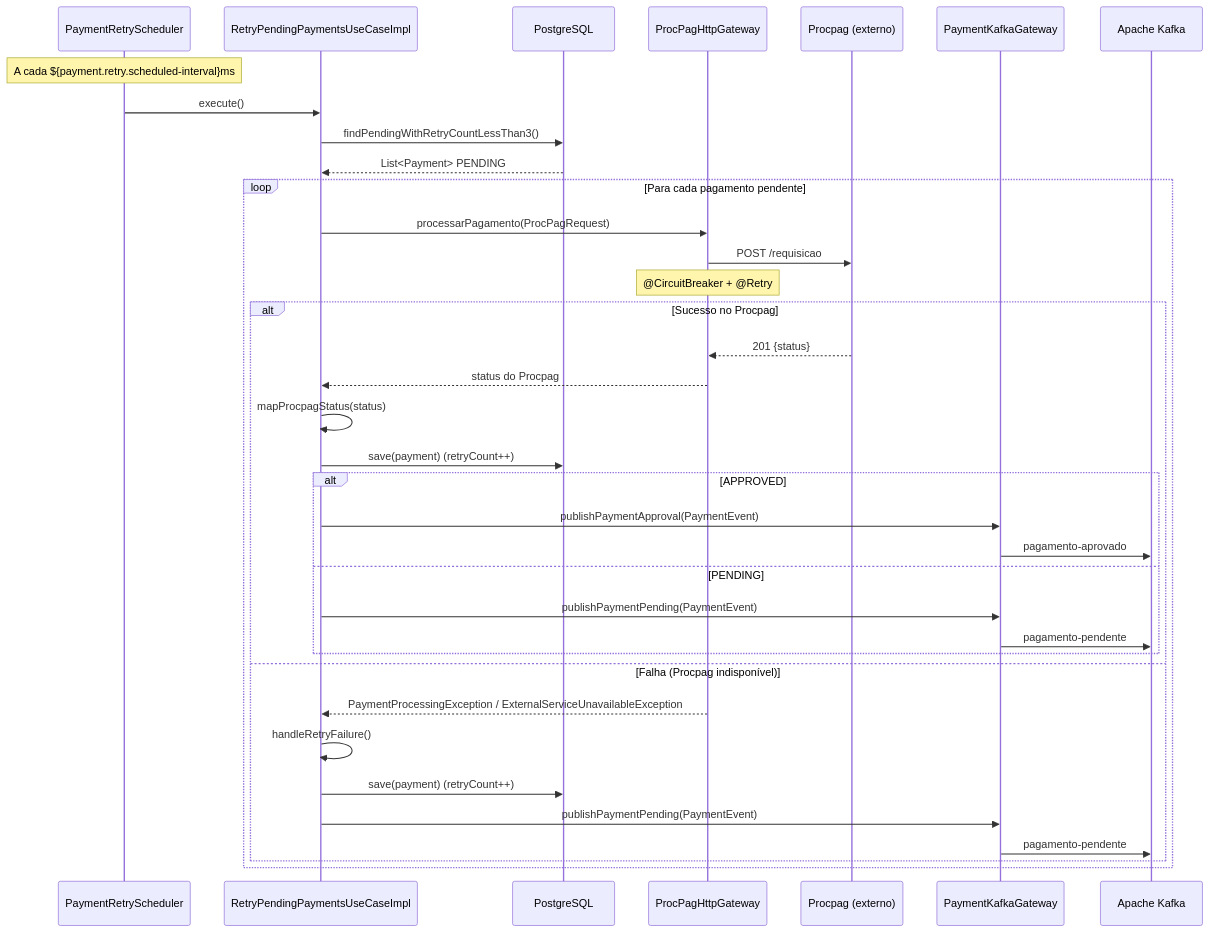
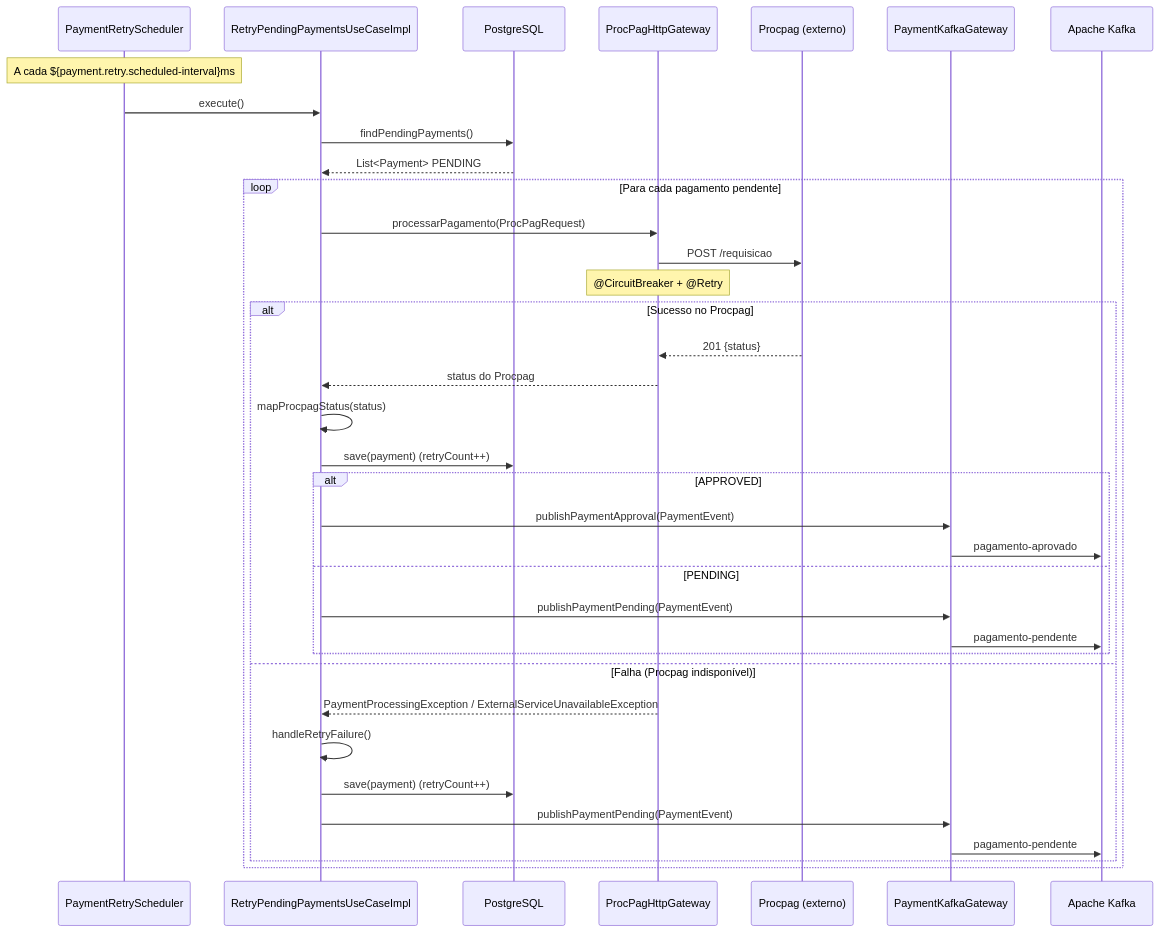
Before and after one commit to HugoOliveiraSoares/tech-challenge-iii: the sixth of 7 diagrams in docs/flows.md, drawn with Mermaid. The commit also changed 3 other files, not shown here.

First line of the commit message:
restrict Kafka TRUSTED_PACKAGES and rename findPendingWithRetryCountLessThan3 references

````diff
--- a/docs/flows.md
+++ b/docs/flows.md
@@ -177,43 +177,43 @@
 ```mermaid
 sequenceDiagram
   participant Scheduler as PaymentRetryScheduler
   participant UseCase as RetryPendingPaymentsUseCaseImpl
   participant DB as PostgreSQL
   participant HTTP as ProcPagHttpGateway
   participant Procpag as Procpag (externo)
   participant Producer as PaymentKafkaGateway
   participant Kafka as Apache Kafka
 
   Note over Scheduler: A cada ${payment.retry.scheduled-interval}ms
   Scheduler->>UseCase: execute()
-  UseCase->>DB: findPendingWithRetryCountLessThan3()
+  UseCase->>DB: findPendingPayments()
   DB-->>UseCase: List<Payment> PENDING
 
   loop Para cada pagamento pendente
     UseCase->>HTTP: processarPagamento(ProcPagRequest)
     HTTP->>Procpag: POST /requisicao
     Note over HTTP: @CircuitBreaker + @Retry
 
     alt Sucesso no Procpag
       Procpag-->>HTTP: 201 {status}
       HTTP-->>UseCase: status do Procpag
       UseCase->>UseCase: mapProcpagStatus(status)
       UseCase->>DB: save(payment) (retryCount++)
 
       alt APPROVED
         UseCase->>Producer: publishPaymentApproval(PaymentEvent)
         Producer->>Kafka: pagamento-aprovado
       else PENDING
         UseCase->>Producer: publishPaymentPending(PaymentEvent)
         Producer->>Kafka: pagamento-pendente
       end
 
     else Falha (Procpag indisponível)
       HTTP-->>UseCase: PaymentProcessingException / ExternalServiceUnavailableException
       UseCase->>UseCase: handleRetryFailure()
       UseCase->>DB: save(payment) (retryCount++)
       UseCase->>Producer: publishPaymentPending(PaymentEvent)
       Producer->>Kafka: pagamento-pendente
     end
   end
 ```
````
